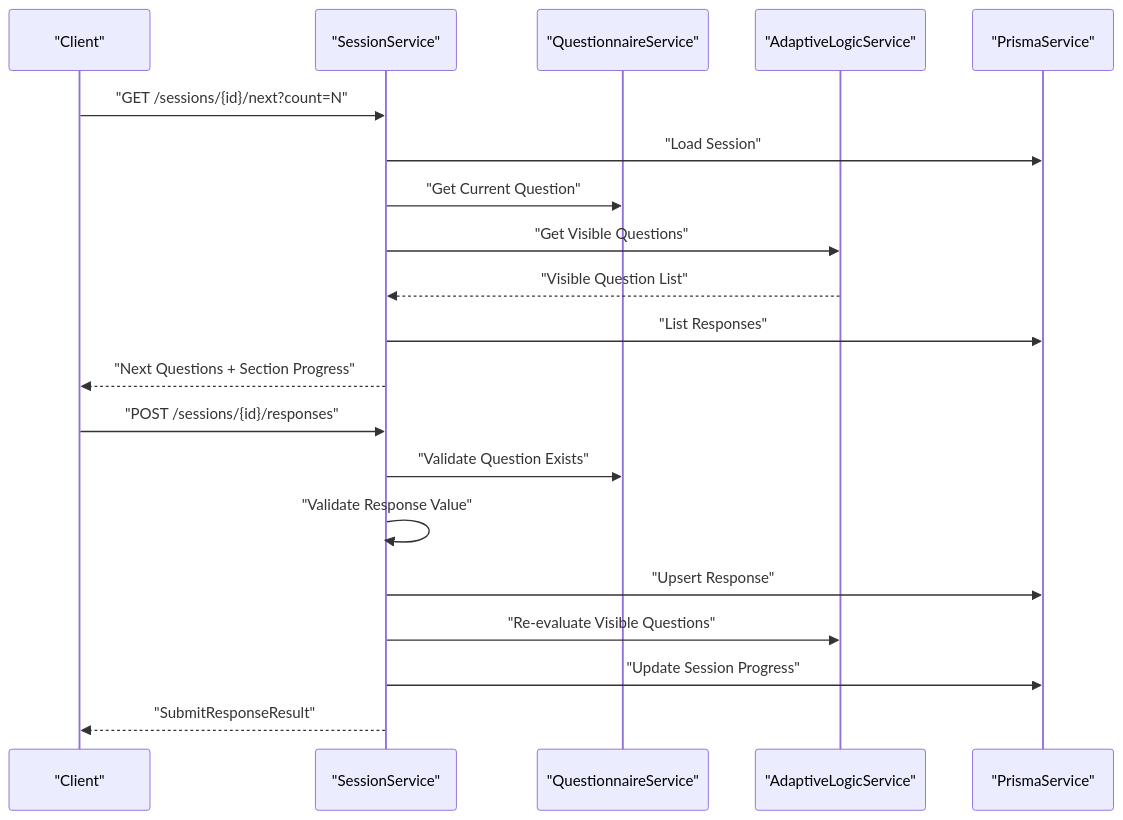
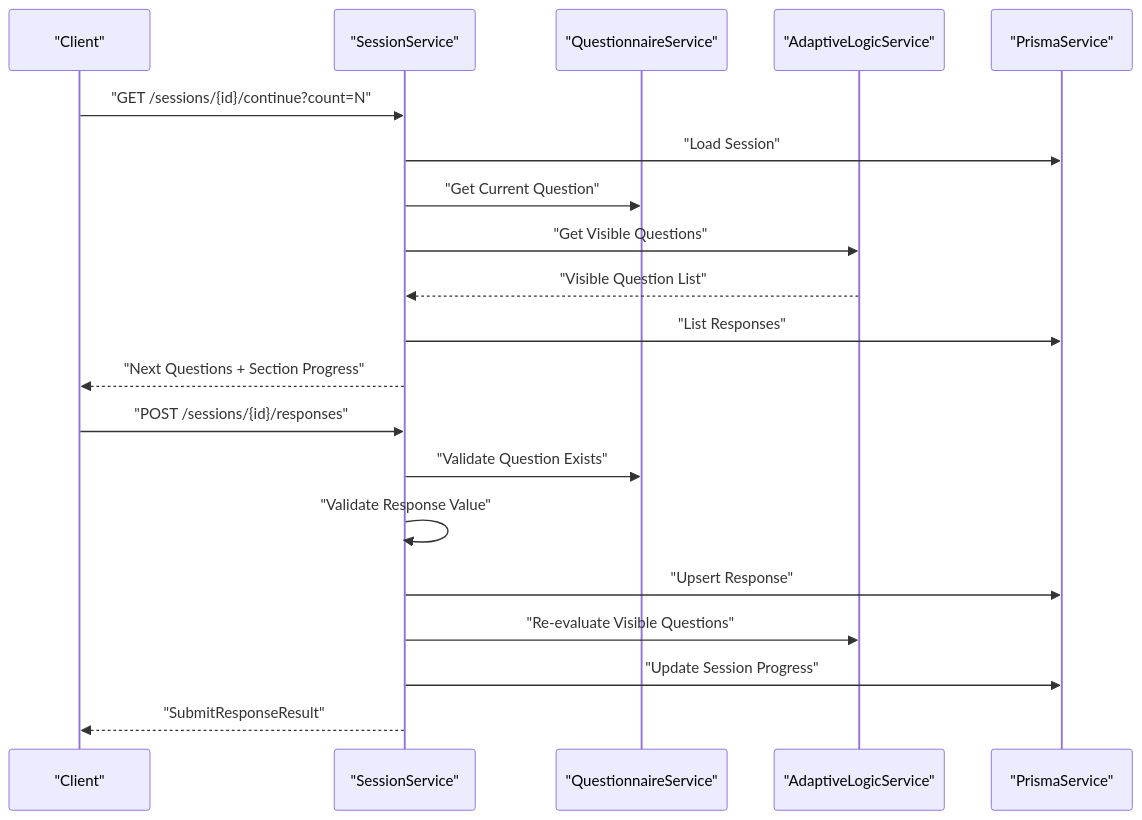
One commit to Avi-Bendetsky/Quiz-to-build changed the sixth of 11 diagrams in .qoder/repowiki/en/content/Core Modules/Core Modules.md. Above: the diagram before and after it, drawn with Mermaid. The commit also changed other lines of this file and 41 other files, not shown here.

````diff
--- a/.qoder/repowiki/en/content/Core Modules/Core Modules.md
+++ b/.qoder/repowiki/en/content/Core Modules/Core Modules.md
@@ -278,22 +341,22 @@
 ```mermaid
 sequenceDiagram
 participant C as "Client"
 participant S as "SessionService"
 participant Q as "QuestionnaireService"
 participant A as "AdaptiveLogicService"
 participant DB as "PrismaService"
-C->>S : "GET /sessions/{id}/next?count=N"
+C->>S : "GET /sessions/{id}/continue?count=N"
 S->>DB : "Load Session"
 S->>Q : "Get Current Question"
 S->>A : "Get Visible Questions"
 A-->>S : "Visible Question List"
 S->>DB : "List Responses"
 S-->>C : "Next Questions + Section Progress"
 C->>S : "POST /sessions/{id}/responses"
 S->>Q : "Validate Question Exists"
 S->>S : "Validate Response Value"
 S->>DB : "Upsert Response"
 S->>A : "Re-evaluate Visible Questions"
 S->>DB : "Update Session Progress"
 S-->>C : "SubmitResponseResult"
 ```
````
